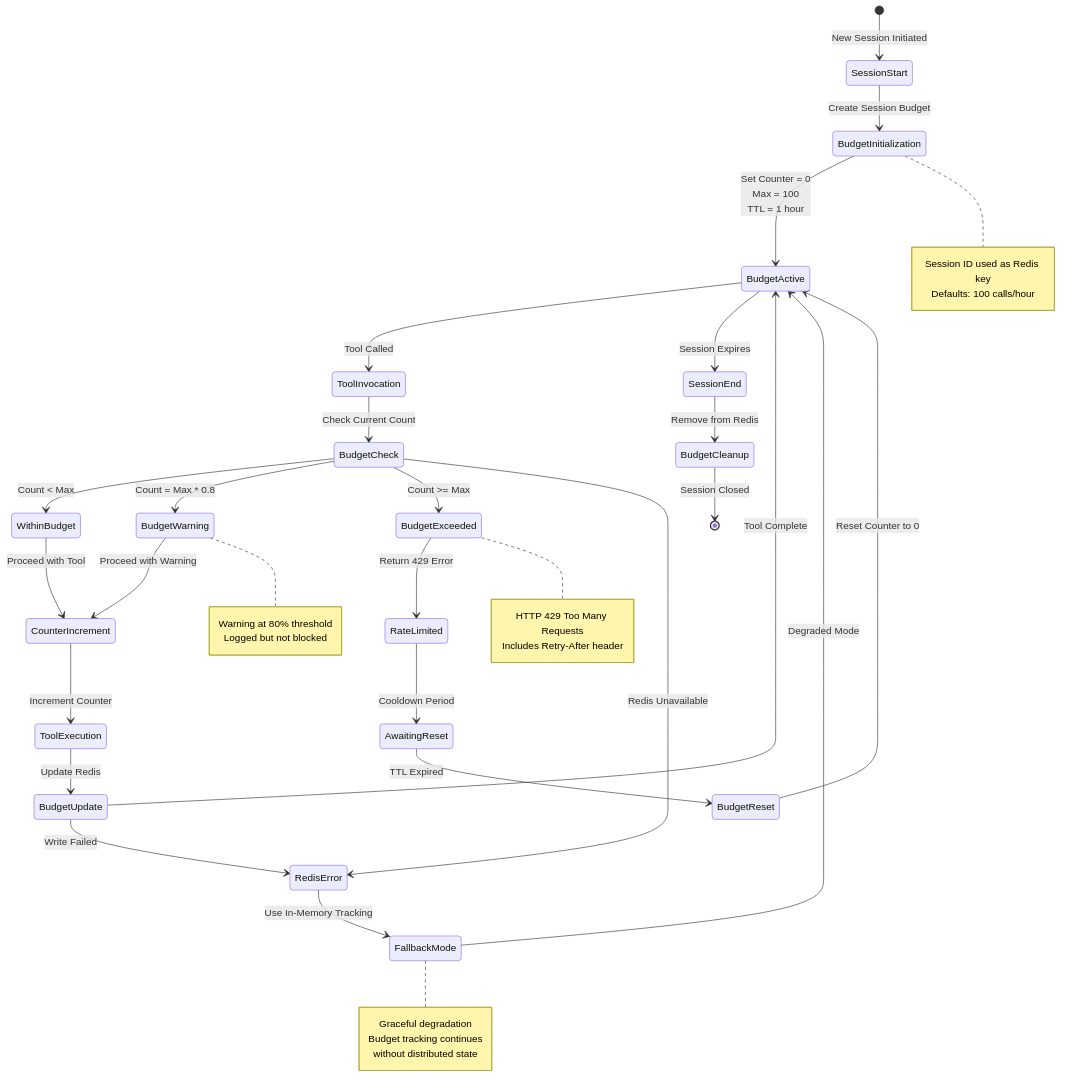
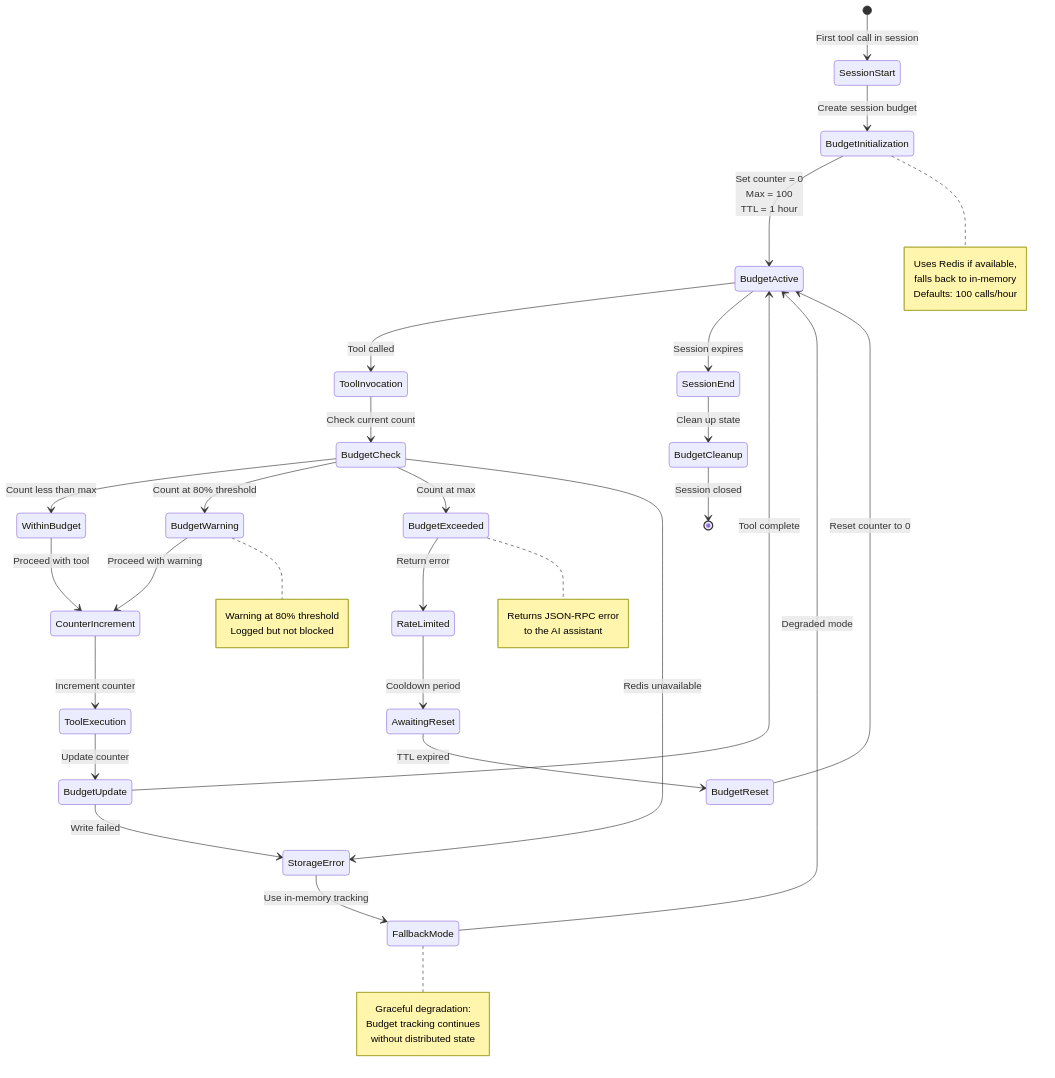
One commit to OptimNow/finops-tag-compliance-mcp changed the fourth of 4 diagrams in docs/diagrams/02-state-machine-diagrams.md. Above: the diagram before and after it, drawn with Mermaid. The commit also changed other lines of this file and 6 other files, not shown here.

First line of the commit message:
docs: rewrite diagrams for stdio architecture, delete HTTP-only docs

````diff
--- a/docs/diagrams/02-state-machine-diagrams.md
+++ b/docs/diagrams/02-state-machine-diagrams.md
@@ -280,67 +272,68 @@
 ```mermaid
 stateDiagram-v2
-    [*] --> SessionStart: New Session Initiated
+    [*] --> SessionStart: First tool call in session
 
-    SessionStart --> BudgetInitialization: Create Session Budget
+    SessionStart --> BudgetInitialization: Create session budget
 
-    BudgetInitialization --> BudgetActive: Set Counter = 0<br/>Max = 100<br/>TTL = 1 hour
+    BudgetInitialization --> BudgetActive: Set counter = 0<br/>Max = 100<br/>TTL = 1 hour
 
-    BudgetActive --> ToolInvocation: Tool Called
+    BudgetActive --> ToolInvocation: Tool called
 
-    ToolInvocation --> BudgetCheck: Check Current Count
+    ToolInvocation --> BudgetCheck: Check current count
 
-    BudgetCheck --> WithinBudget: Count < Max
-    BudgetCheck --> BudgetWarning: Count = Max * 0.8
-    BudgetCheck --> BudgetExceeded: Count >= Max
+    BudgetCheck --> WithinBudget: Count less than max
+    BudgetCheck --> BudgetWarning: Count at 80% threshold
+    BudgetCheck --> BudgetExceeded: Count at max
 
-    WithinBudget --> CounterIncrement: Proceed with Tool
-    BudgetWarning --> CounterIncrement: Proceed with Warning
+    WithinBudget --> CounterIncrement: Proceed with tool
+    BudgetWarning --> CounterIncrement: Proceed with warning
 
-    CounterIncrement --> ToolExecution: Increment Counter
+    CounterIncrement --> ToolExecution: Increment counter
 
-    ToolExecution --> BudgetUpdate: Update Redis
+    ToolExecution --> BudgetUpdate: Update counter
 
-    BudgetUpdate --> BudgetActive: Tool Complete
+    BudgetUpdate --> BudgetActive: Tool complete
 
-    BudgetExceeded --> RateLimited: Return 429 Error
+    BudgetExceeded --> RateLimited: Return error
 
-    RateLimited --> AwaitingReset: Cooldown Period
+    RateLimited --> AwaitingReset: Cooldown period
 
-    AwaitingReset --> BudgetReset: TTL Expired
+    AwaitingReset --> BudgetReset: TTL expired
 
-    BudgetReset --> BudgetActive: Reset Counter to 0
+    BudgetReset --> BudgetActive: Reset counter to 0
 
     %% Session End
-    BudgetActive --> SessionEnd: Session Expires
-    SessionEnd --> BudgetCleanup: Remove from Redis
-    BudgetCleanup --> [*]: Session Closed
+    BudgetActive --> SessionEnd: Session expires
+    SessionEnd --> BudgetCleanup: Clean up state
+    BudgetCleanup --> [*]: Session closed
 
     %% Redis Failure Path
-    BudgetCheck --> RedisError: Redis Unavailable
-    BudgetUpdate --> RedisError: Write Failed
+    BudgetCheck --> StorageError: Redis unavailable
+    BudgetUpdate --> StorageError: Write failed
 
-    RedisError --> FallbackMode: Use In-Memory Tracking
-    FallbackMode --> BudgetActive: Degraded Mode
+    StorageError --> FallbackMode: Use in-memory tracking
+    FallbackMode --> BudgetActive: Degraded mode
 
     %% State Notes
     note right of BudgetInitialization
-        Session ID used as Redis key
+        Uses Redis if available,
+        falls back to in-memory
         Defaults: 100 calls/hour
     end note
 
     note right of BudgetWarning
         Warning at 80% threshold
         Logged but not blocked
     end note
 
     note right of BudgetExceeded
-        HTTP 429 Too Many Requests
-        Includes Retry-After header
+        Returns JSON-RPC error
+        to the AI assistant
     end note
 
     note right of FallbackMode
-        Graceful degradation
+        Graceful degradation:
         Budget tracking continues
         without distributed state
     end note
 ```
````
